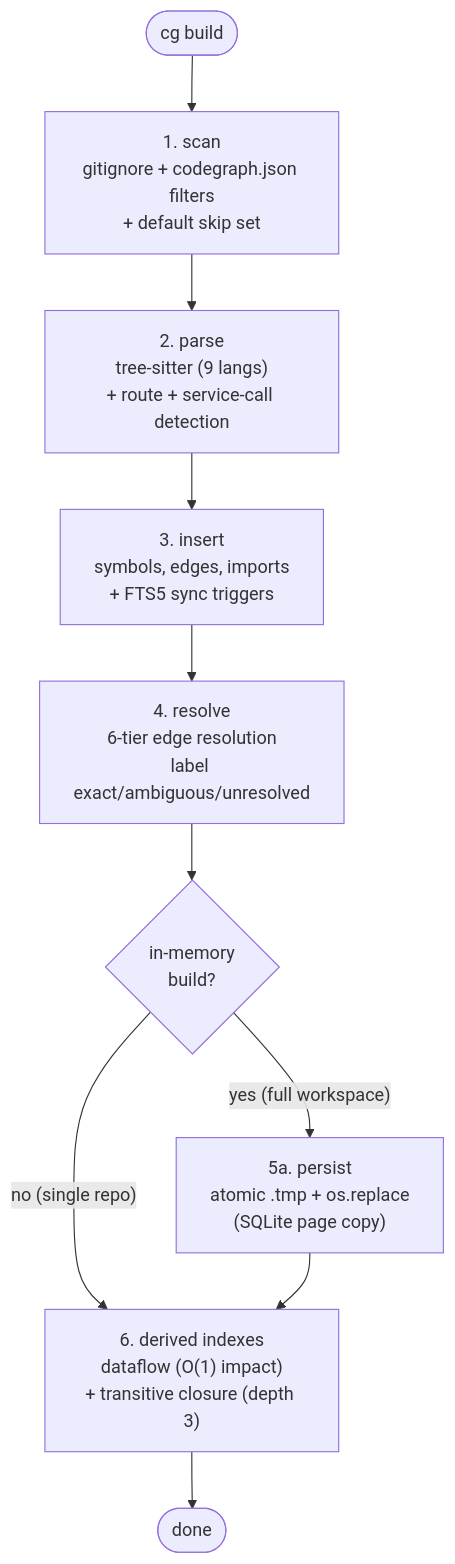
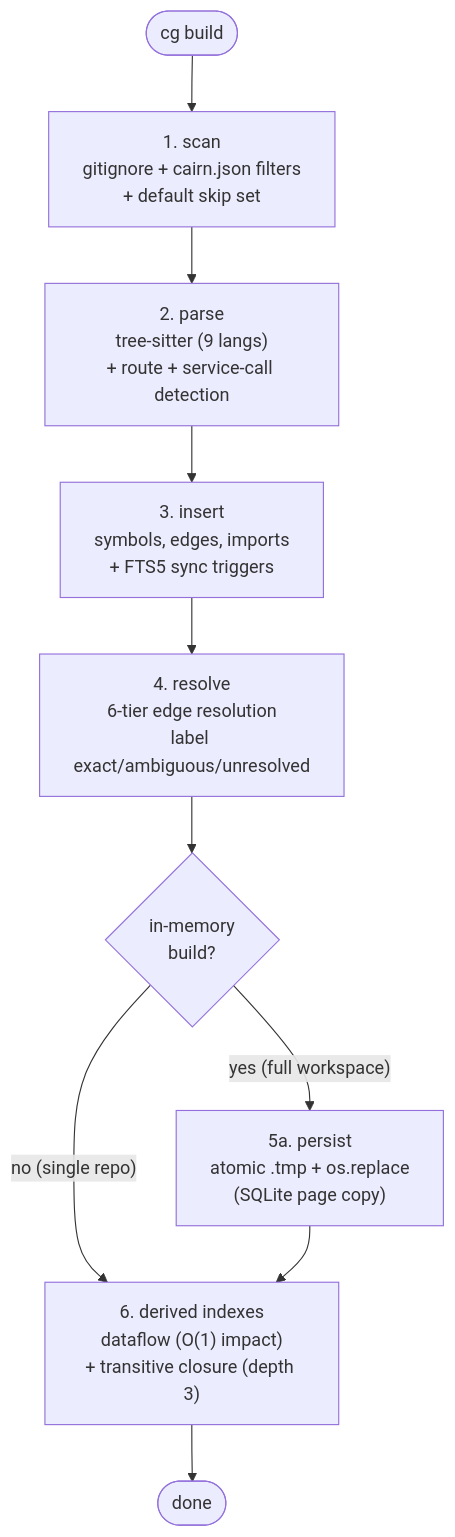
The fourth of 11 diagrams in docs/architecture-overview.md (tanlnm512/cairn), drawn with Mermaid before and after one commit. The commit also changed other lines of this file and 339 other files, not shown here.

First line of the commit message:
Rename: codegraph → cairn (full project rebrand)

````diff
--- a/docs/architecture-overview.md
+++ b/docs/architecture-overview.md
@@ -148,12 +148,12 @@
 ```mermaid
 flowchart TB
-    START([cg build]) --> SCAN["1. scan<br/>gitignore + codegraph.json filters<br/>+ default skip set"]
+    START([cg build]) --> SCAN["1. scan<br/>gitignore + cairn.json filters<br/>+ default skip set"]
     SCAN --> PARSE["2. parse<br/>tree-sitter (9 langs)<br/>+ route + service-call detection"]
     PARSE --> INSERT["3. insert<br/>symbols, edges, imports<br/>+ FTS5 sync triggers"]
     INSERT --> RESOLVE["4. resolve<br/>6-tier edge resolution<br/>label exact/ambiguous/unresolved"]
     RESOLVE --> PERSIST{in-memory<br/>build?}
     PERSIST -- "yes (full workspace)" --> SWAP["5a. persist<br/>atomic .tmp + os.replace<br/>(SQLite page copy)"]
     PERSIST -- "no (single repo)" --> DERIVED
     SWAP --> DERIVED["6. derived indexes<br/>dataflow (O(1) impact)<br/>+ transitive closure (depth 3)"]
     DERIVED --> DONE([done])
 ```
````
